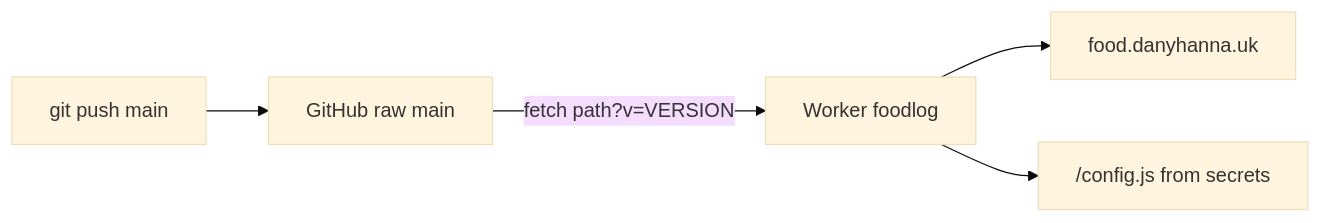
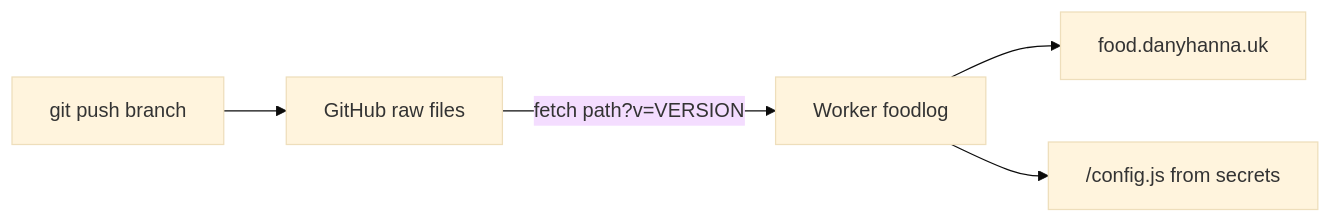
The diagram in REGRESSION_GUIDE.md (DanielAshrafHanna/FoodLog), drawn with Mermaid (base theme) before and after one commit. The commit also changed other lines of this file and 3 other files, not shown here.

````diff
--- a/REGRESSION_GUIDE.md
+++ b/REGRESSION_GUIDE.md
@@ -123,7 +123,7 @@
 ```mermaid
 flowchart LR
-  Dev[git push main] --> GitHub[GitHub raw main]
+  GitPush[git push branch] --> GitHub[GitHub raw files]
   GitHub -->|"fetch path?v=VERSION"| Worker[Worker foodlog]
   Worker --> Browser[food.danyhanna.uk]
   Worker --> Config["/config.js from secrets"]
 ```
````
